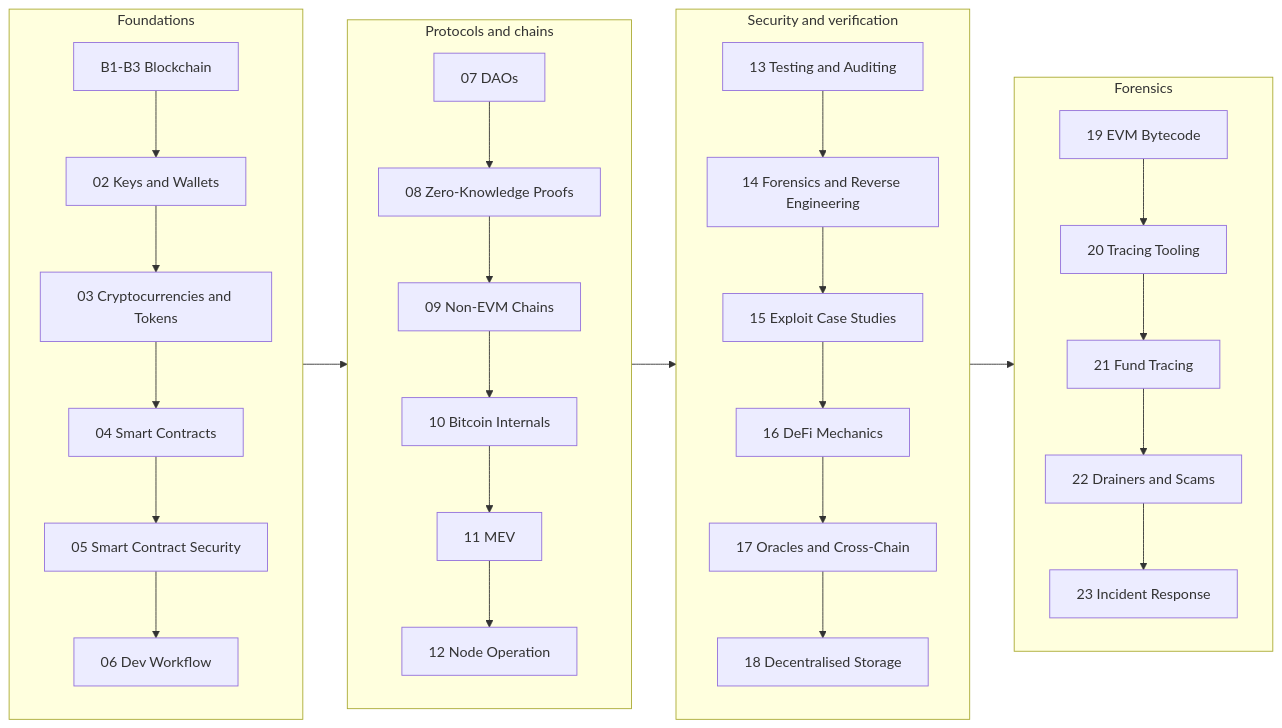
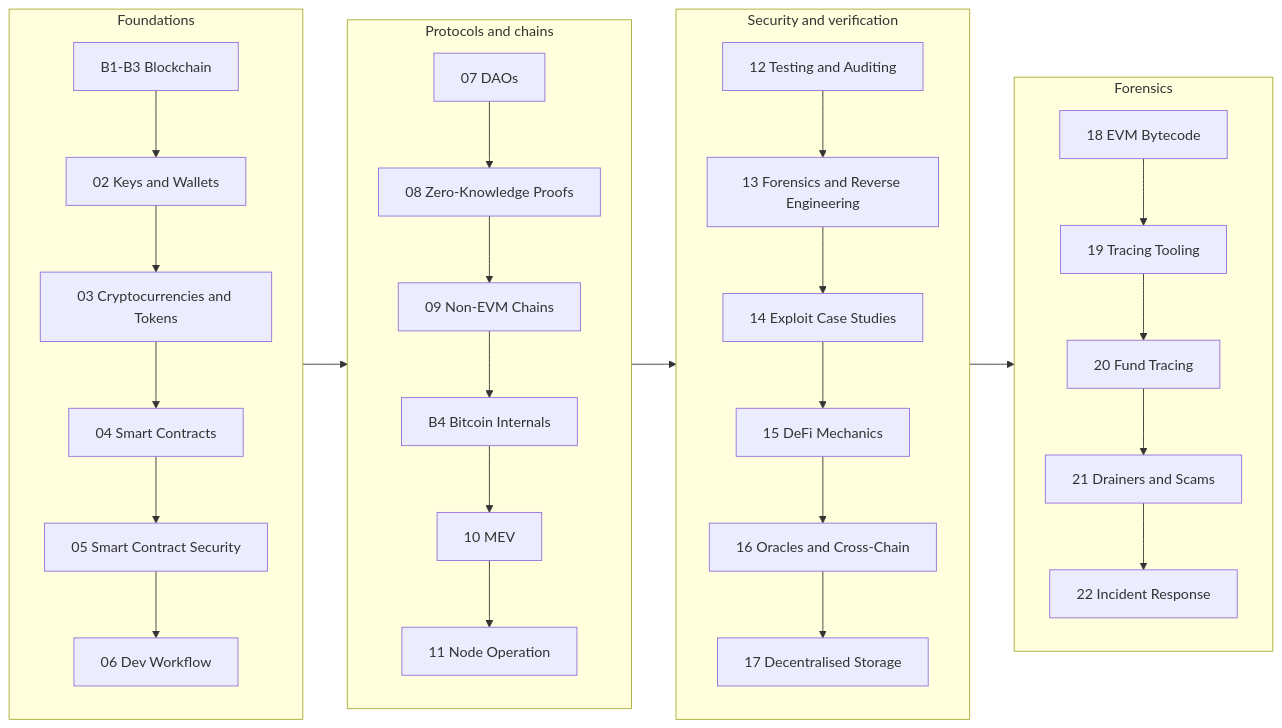
Before and after one commit to sharifndlovu123/knowledge_base_map: the first of 3 diagrams in Collection/13. Web3/1. Web3 Start Here.md, drawn with Mermaid. The commit also changed other lines of this file and 19 other files, not shown here.

Commit message:
Move Bitcoin Internals into the Web3 Blockchain sub-section and renumber

````diff
--- a/Collection/13. Web3/1. Web3 Start Here.md
+++ b/Collection/13. Web3/1. Web3 Start Here.md
@@ -39,20 +39,20 @@
 ```mermaid
 flowchart LR
     subgraph T1["Foundations"]
         direction TB
         N2["B1-B3 Blockchain"] --> N3["02 Keys and Wallets"] --> N4["03 Cryptocurrencies and Tokens"] --> N5["04 Smart Contracts"] --> N6["05 Smart Contract Security"] --> N7["06 Dev Workflow"]
     end
     subgraph T2["Protocols and chains"]
         direction TB
-        N8["07 DAOs"] --> N9["08 Zero-Knowledge Proofs"] --> N10["09 Non-EVM Chains"] --> N11["10 Bitcoin Internals"] --> N12["11 MEV"] --> N13["12 Node Operation"]
+        N8["07 DAOs"] --> N9["08 Zero-Knowledge Proofs"] --> N10["09 Non-EVM Chains"] --> N11["B4 Bitcoin Internals"] --> N12["10 MEV"] --> N13["11 Node Operation"]
     end
     subgraph T3["Security and verification"]
         direction TB
-        N14["13 Testing and Auditing"] --> N15["14 Forensics and Reverse Engineering"] --> N16["15 Exploit Case Studies"] --> N17["16 DeFi Mechanics"] --> N18["17 Oracles and Cross-Chain"] --> N19["18 Decentralised Storage"]
+        N14["12 Testing and Auditing"] --> N15["13 Forensics and Reverse Engineering"] --> N16["14 Exploit Case Studies"] --> N17["15 DeFi Mechanics"] --> N18["16 Oracles and Cross-Chain"] --> N19["17 Decentralised Storage"]
     end
     subgraph T4["Forensics"]
         direction TB
-        N20["19 EVM Bytecode"] --> N21["20 Tracing Tooling"] --> N22["21 Fund Tracing"] --> N23["22 Drainers and Scams"] --> N24["23 Incident Response"]
+        N20["18 EVM Bytecode"] --> N21["19 Tracing Tooling"] --> N22["20 Fund Tracing"] --> N23["21 Drainers and Scams"] --> N24["22 Incident Response"]
     end
     T1 --> T2 --> T3 --> T4
 ```
````
